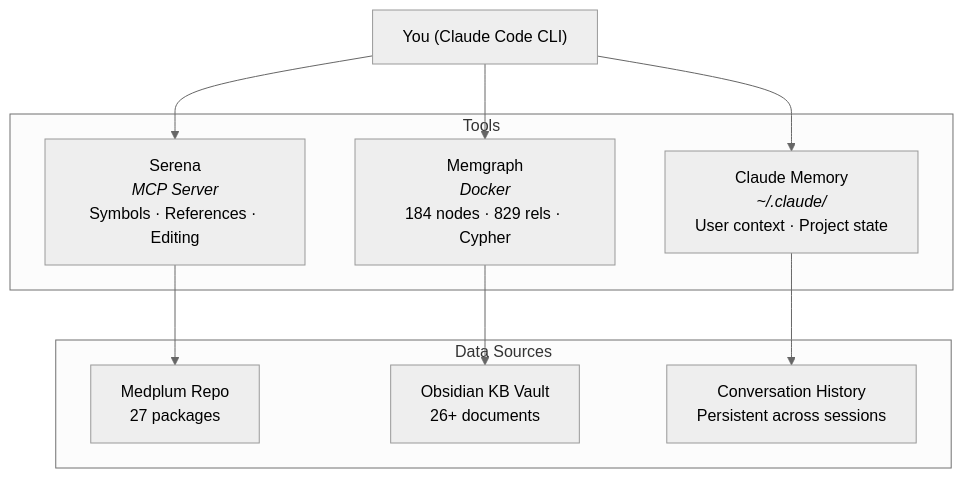
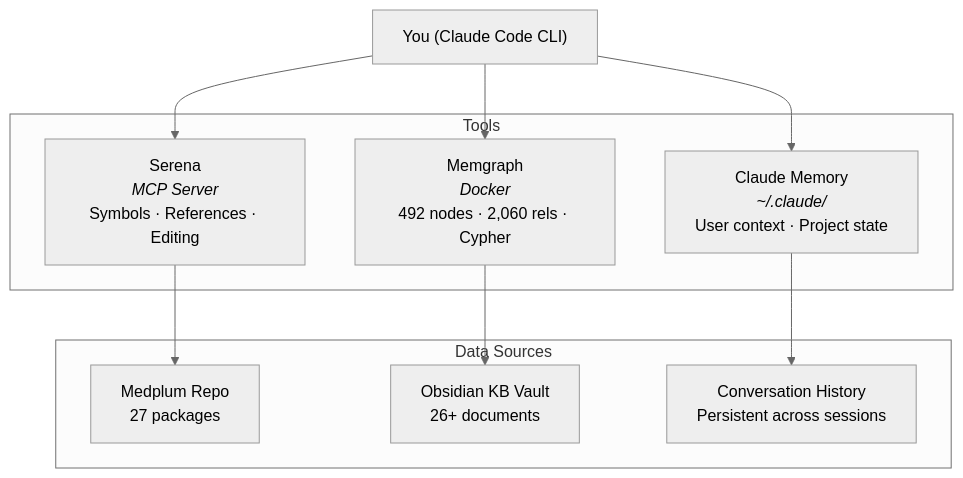
Before and after one commit to therealsiege/Penpal: the diagram in Ventures/OpenLoop/System Guide.md, drawn with Mermaid (neutral theme). The commit also changed other lines of this file and 2273 other files, not shown here.

````diff
--- a/Ventures/OpenLoop/System Guide.md
+++ b/Ventures/OpenLoop/System Guide.md
@@ -173,24 +184,24 @@
 ```mermaid
 graph TB
     You["You (Claude Code CLI)"]
 
     subgraph Tools
         Serena["Serena<br/><i>MCP Server</i><br/>Symbols · References · Editing"]
-        Memgraph["Memgraph<br/><i>Docker</i><br/>184 nodes · 829 rels · Cypher"]
+        Memgraph["Memgraph<br/><i>Docker</i><br/>492 nodes · 2,060 rels · Cypher"]
         Memory["Claude Memory<br/><i>~/.claude/</i><br/>User context · Project state"]
     end
 
     subgraph Data Sources
         Repo["Medplum Repo<br/>27 packages"]
         KB["Obsidian KB Vault<br/>26+ documents"]
         Conv["Conversation History<br/>Persistent across sessions"]
     end
 
     You --> Serena
     You --> Memgraph
     You --> Memory
 
     Serena --> Repo
     Memgraph --> KB
     Memory --> Conv
 ```
````
